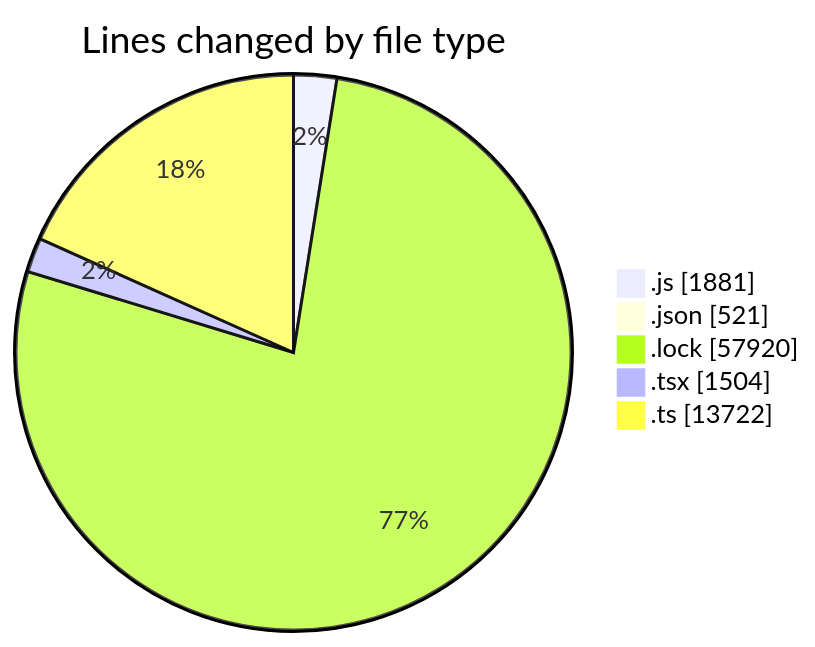
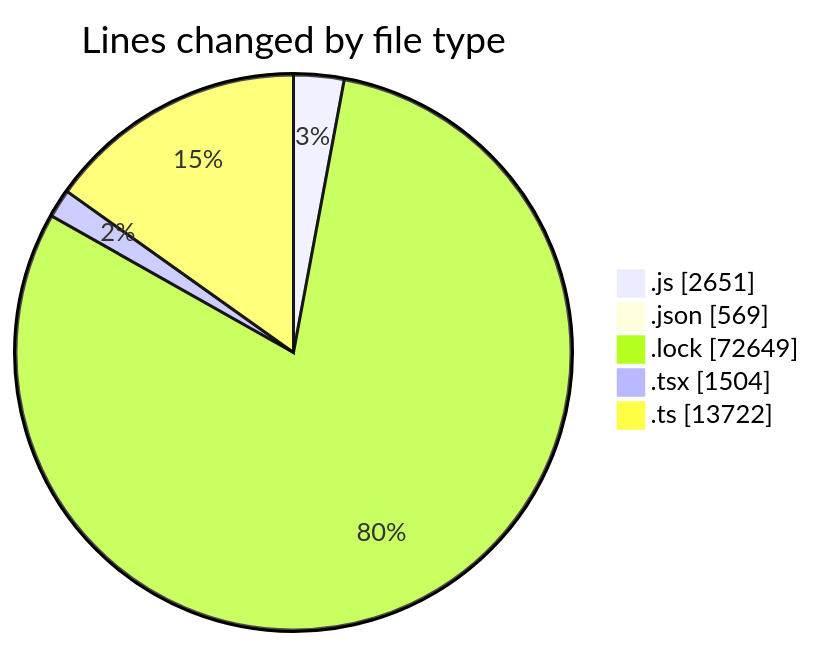
Before and after one commit to momahboobian/code-tracking: the first of 2 diagrams in 2025-12-18/cda/README.md, drawn with Mermaid. The commit also changed other lines of this file and 1 other file, not shown here.

````diff
--- a/2025-12-18/cda/README.md
+++ b/2025-12-18/cda/README.md
@@ -60,9 +61,9 @@
 ```mermaid
 pie showData
 title Lines changed by file type
-".js" : 1881
-".json" : 521
-".lock" : 57920
+".js" : 2651
+".json" : 569
+".lock" : 72649
 ".tsx" : 1504
 ".ts" : 13722
 ```
````
